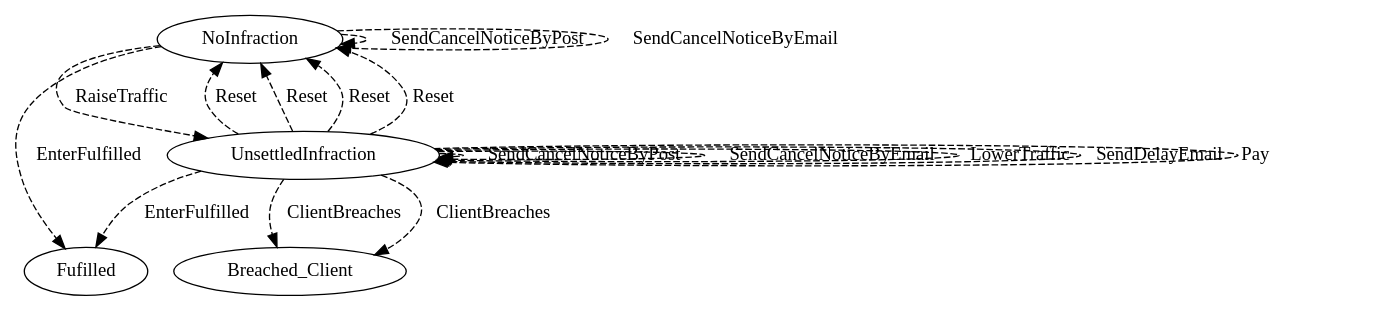
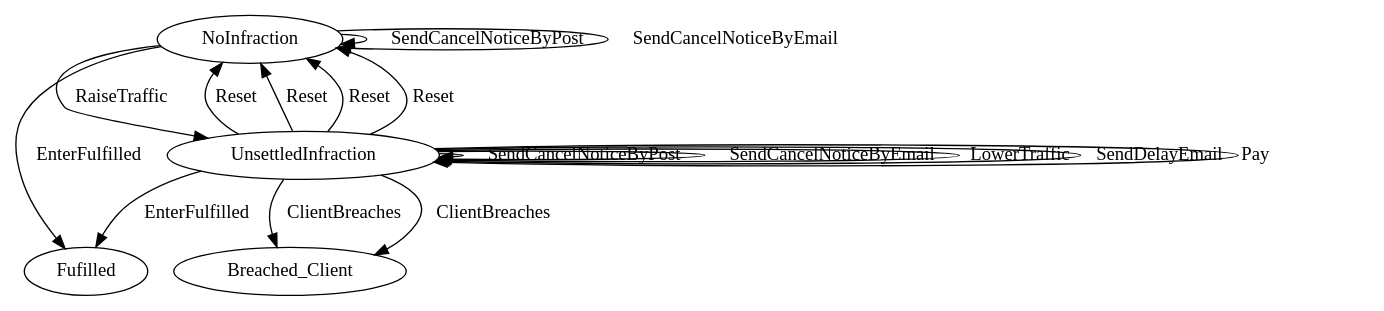
One commit to Marcao02/complaw-deeptech changed the diagram in linear_state_machine_language/pyL4/examples/out_graphviz/from_academic_lit/prisacariu_schneider_abdelsadiq_Internet_provision_with_renew.dot. Above: the diagram before and after it, drawn with Graphviz. The commit also changed 42 other files, not shown here.

Commit message:
optional effective path length bound in goodenough/flood example. solid not dashed lines in graphviz output.

```diff
--- a/linear_state_machine_language/pyL4/examples/out_graphviz/from_academic_lit/prisacariu_schneider_abdelsadiq_Internet_provision_with_renew.dot
+++ b/linear_state_machine_language/pyL4/examples/out_graphviz/from_academic_lit/prisacariu_schneider_abdelsadiq_Internet_provision_with_renew.dot
@@ -1,33 +1,33 @@
 // THIS IS A GENERATED FILE. DO NOT EDIT.
 
 digraph PS_Internet_Provision {    
     Fulfilled[label=Fufilled];
     NoInfraction[label=NoInfraction];
 	UnsettledInfraction[label=UnsettledInfraction]
         
     
          
     
     
     
     
-    NoInfraction -> UnsettledInfraction [style=dashed,label=RaiseTraffic];
-	NoInfraction -> Fulfilled [style=dashed,label=EnterFulfilled];
-	UnsettledInfraction -> NoInfraction [style=dashed,label=Reset];
-	UnsettledInfraction -> Breached_Client [style=dashed,label=ClientBreaches];
-	UnsettledInfraction -> NoInfraction [style=dashed,label=Reset];
-	UnsettledInfraction -> NoInfraction [style=dashed,label=Reset];
-	UnsettledInfraction -> NoInfraction [style=dashed,label=Reset];
-	UnsettledInfraction -> Breached_Client [style=dashed,label=ClientBreaches];
-	UnsettledInfraction -> Fulfilled [style=dashed,label=EnterFulfilled];
+    NoInfraction -> UnsettledInfraction [label=RaiseTraffic];
+	NoInfraction -> Fulfilled [label=EnterFulfilled];
+	UnsettledInfraction -> NoInfraction [label=Reset];
+	UnsettledInfraction -> Breached_Client [label=ClientBreaches];
+	UnsettledInfraction -> NoInfraction [label=Reset];
+	UnsettledInfraction -> NoInfraction [label=Reset];
+	UnsettledInfraction -> NoInfraction [label=Reset];
+	UnsettledInfraction -> Breached_Client [label=ClientBreaches];
+	UnsettledInfraction -> Fulfilled [label=EnterFulfilled];
 	     
     
-    NoInfraction -> NoInfraction [style=dashed,label=SendCancelNoticeByPost];
-	NoInfraction -> NoInfraction [style=dashed,label=SendCancelNoticeByEmail];
-	UnsettledInfraction -> UnsettledInfraction [style=dashed,label=SendCancelNoticeByPost];
-	UnsettledInfraction -> UnsettledInfraction [style=dashed,label=SendCancelNoticeByEmail];
-	UnsettledInfraction -> UnsettledInfraction [style=dashed,label=LowerTraffic];
-	UnsettledInfraction -> UnsettledInfraction [style=dashed,label=SendDelayEmail];
-	UnsettledInfraction -> UnsettledInfraction [style=dashed,label=Pay];
+    NoInfraction -> NoInfraction [label=SendCancelNoticeByPost];
+	NoInfraction -> NoInfraction [label=SendCancelNoticeByEmail];
+	UnsettledInfraction -> UnsettledInfraction [label=SendCancelNoticeByPost];
+	UnsettledInfraction -> UnsettledInfraction [label=SendCancelNoticeByEmail];
+	UnsettledInfraction -> UnsettledInfraction [label=LowerTraffic];
+	UnsettledInfraction -> UnsettledInfraction [label=SendDelayEmail];
+	UnsettledInfraction -> UnsettledInfraction [label=Pay];
 	   
 }
```
